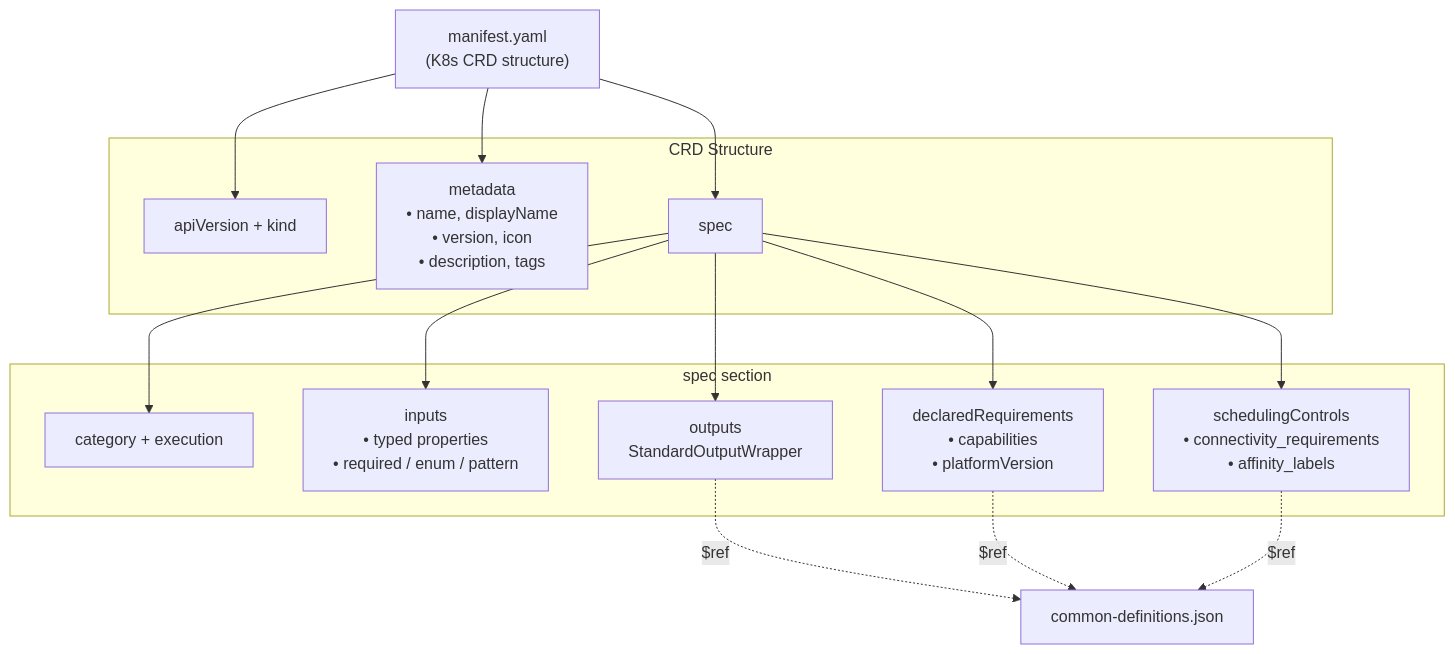
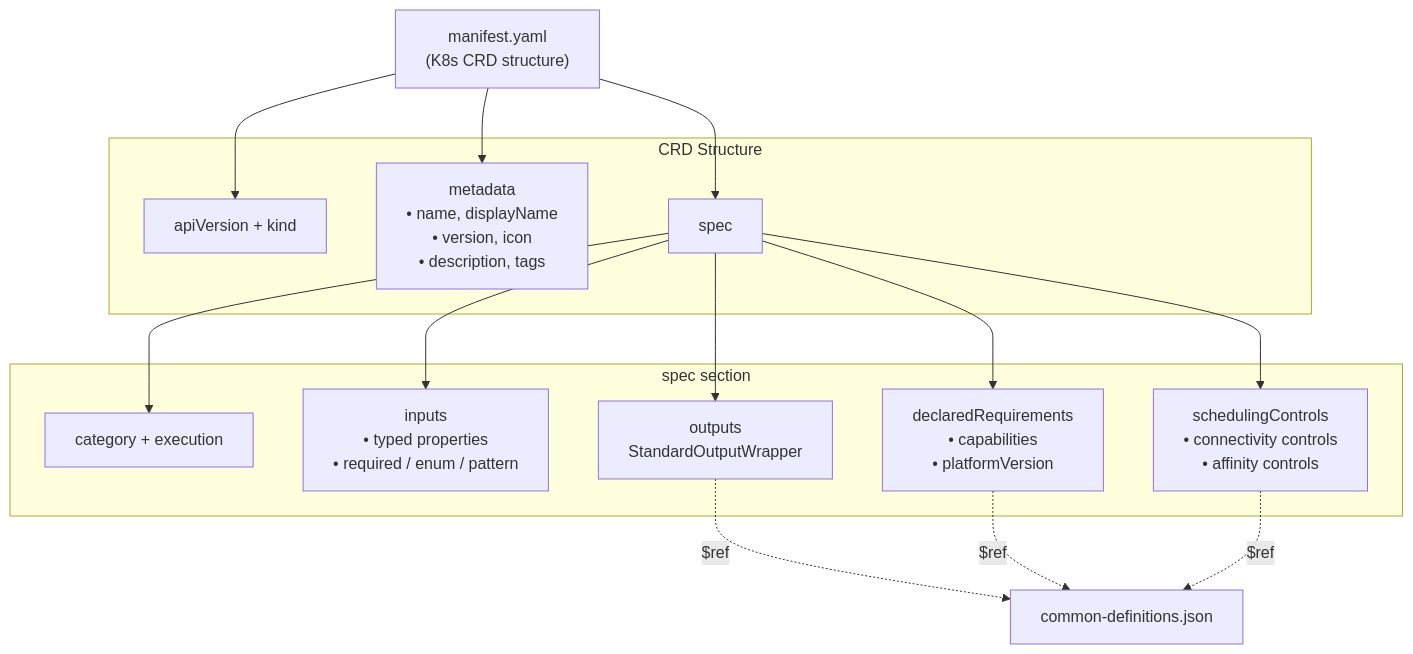
One commit to syntara-orchestration/syntara-node-sdk changed the first of 5 diagrams in docs/architecture.md. Above: the diagram before and after it, drawn with Mermaid. The commit also changed other lines of this file and 15 other files, not shown here.

Commit message:
Update architecture docs and add OCI registry support

````diff
--- a/docs/architecture.md
+++ b/docs/architecture.md
@@ -151,31 +169,31 @@
 ```mermaid
 graph TB
     MANIFEST["manifest.yaml<br/>(K8s CRD structure)"]
 
     subgraph CRD["CRD Structure"]
         API["apiVersion + kind"]
         META["metadata<br/>• name, displayName<br/>• version, icon<br/>• description, tags"]
         SPEC["spec"]
     end
 
     subgraph SPEC_CONTENTS["spec section"]
         CAT["category + execution"]
         INPUTS["inputs<br/>• typed properties<br/>• required / enum / pattern"]
         OUTPUTS["outputs<br/>StandardOutputWrapper"]
         REQS["declaredRequirements<br/>• capabilities<br/>• platformVersion"]
-        SCHED["schedulingControls<br/>• connectivity_requirements<br/>• affinity_labels"]
+        SCHED["schedulingControls<br/>• connectivity controls<br/>• affinity controls"]
     end
 
     MANIFEST --> API
     MANIFEST --> META
     MANIFEST --> SPEC
     SPEC --> CAT
     SPEC --> INPUTS
     SPEC --> OUTPUTS
     SPEC --> REQS
     SPEC --> SCHED
 
     OUTPUTS -.->|$ref| CD["common-definitions.json"]
     REQS -.->|$ref| CD
     SCHED -.->|$ref| CD
 ```
````
